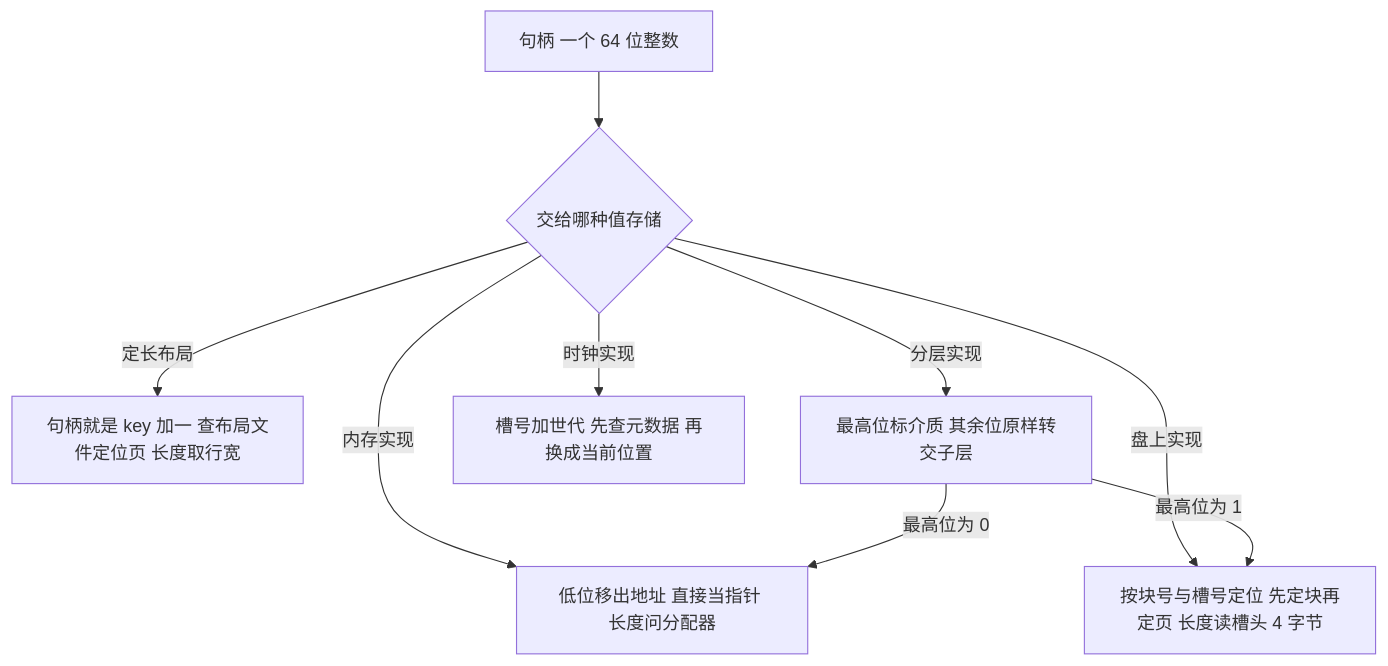
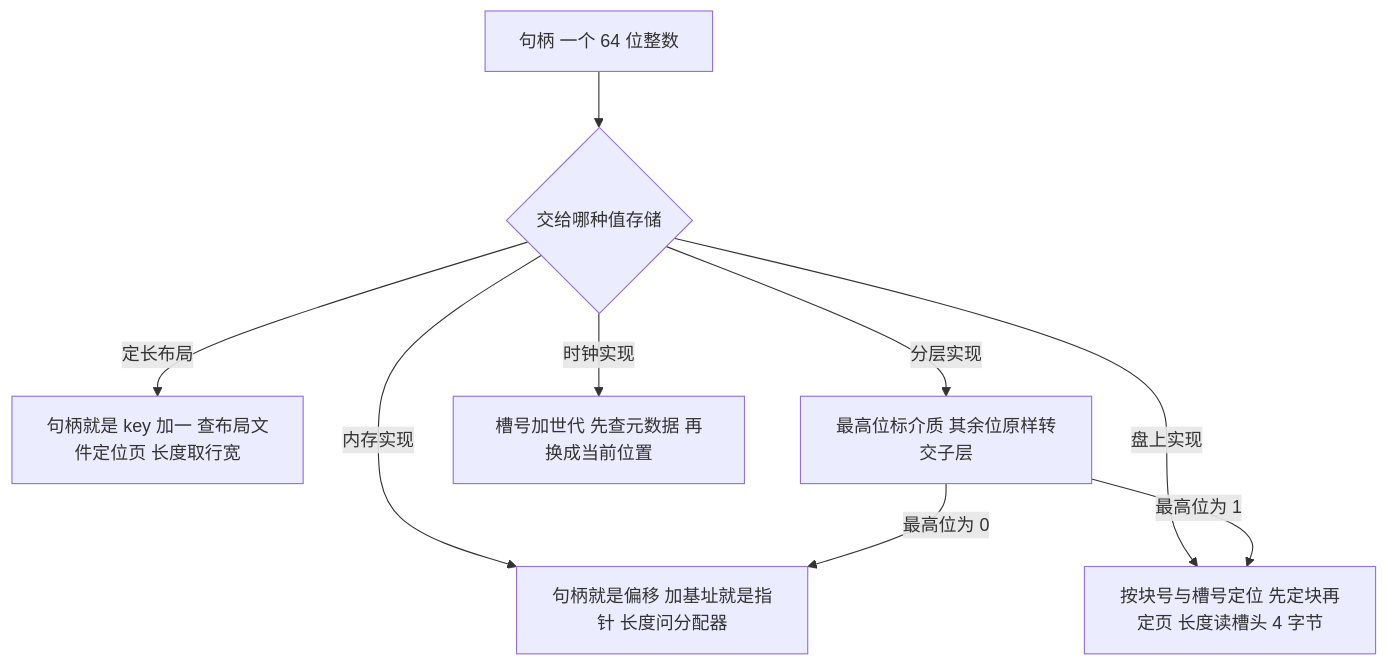
One commit to wurenrumian/rs-arch changed the diagram in docs/ch05/value-store.md. Above: the diagram before and after it, drawn with Mermaid. The commit also changed other lines of this file and 5 other files, not shown here.

````diff
--- a/docs/ch05/value-store.md
+++ b/docs/ch05/value-store.md
@@ -15,11 +17,11 @@
 ```mermaid
 flowchart TD
   H["句柄 一个 64 位整数"] --> Q{"交给哪种值存储"}
-  Q -->|"内存实现"| D["低位移出地址 直接当指针 长度问分配器"]
+  Q -->|"内存实现"| D["句柄就是偏移 加基址就是指针 长度问分配器"]
   Q -->|"盘上实现"| S["按块号与槽号定位 先定块再定页 长度读槽头 4 字节"]
   Q -->|"定长布局"| L["句柄就是 key 加一 查布局文件定位页 长度取行宽"]
   Q -->|"分层实现"| T["最高位标介质 其余位原样转交子层"]
   Q -->|"时钟实现"| C["槽号加世代 先查元数据 再换成当前位置"]
   T -->|"最高位为 1"| S
   T -->|"最高位为 0"| D
 ```
````
